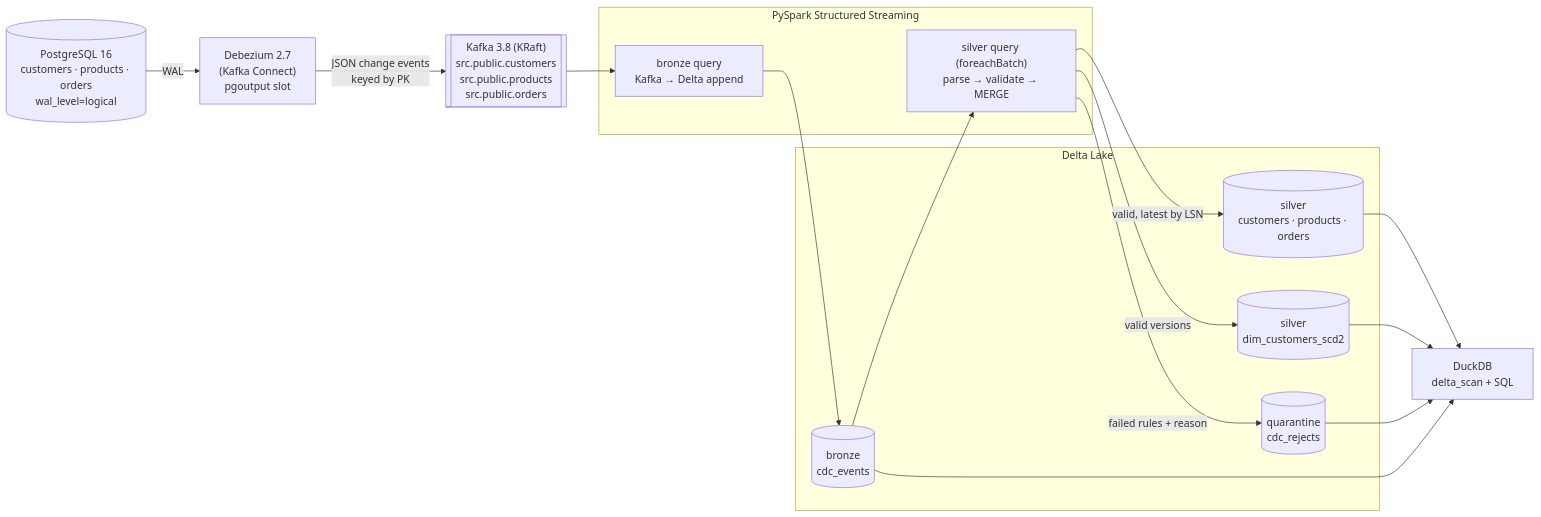
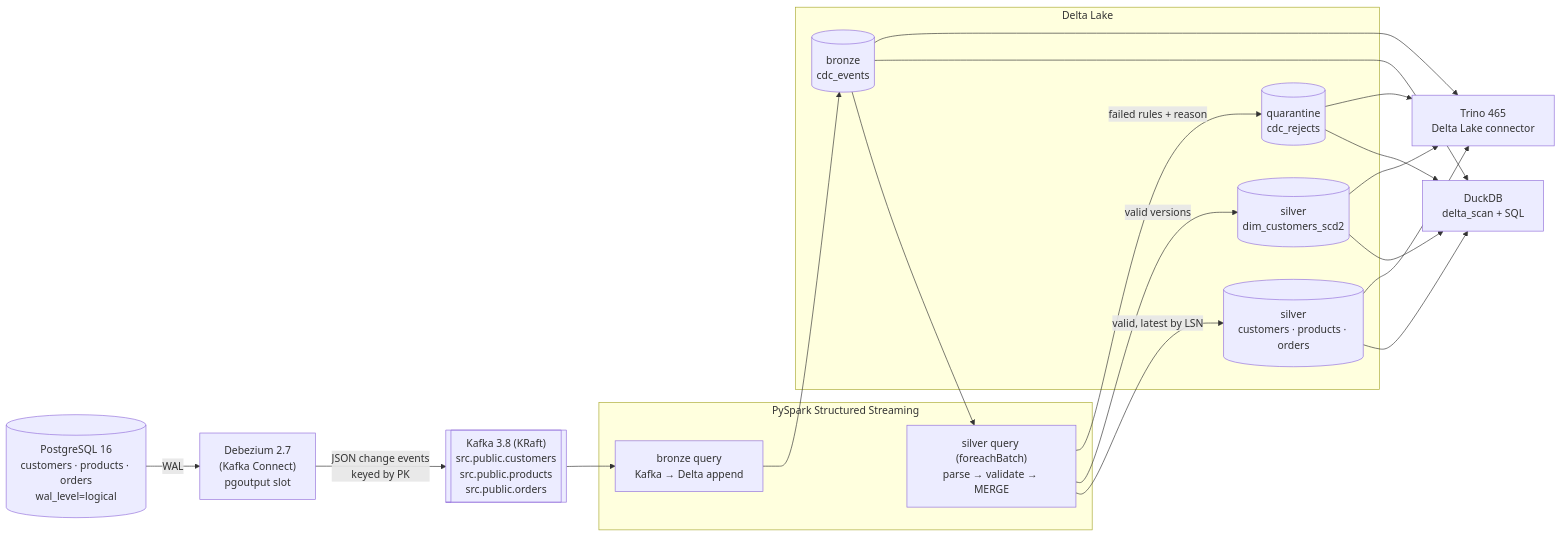
Before and after one commit to Rhea-Thomas/DeltaLake: the diagram in README.md, drawn with Mermaid. The commit also changed other lines of this file and 1 other file, not shown here.

Commit message:
Update README for Trino, failure injection and Databricks

````diff
--- a/README.md
+++ b/README.md
@@ -57,26 +100,31 @@
 ```mermaid
 flowchart LR
     PG[("PostgreSQL 16<br/>customers · products · orders<br/>wal_level=logical")]
     DBZ["Debezium 2.7<br/>(Kafka Connect)<br/>pgoutput slot"]
     K[["Kafka 3.8 (KRaft)<br/>src.public.customers<br/>src.public.products<br/>src.public.orders"]]
     subgraph SPARK["PySpark Structured Streaming"]
         B["bronze query<br/>Kafka → Delta append"]
         S["silver query (foreachBatch)<br/>parse → validate → MERGE"]
     end
     subgraph LAKE["Delta Lake"]
         BR[("bronze<br/>cdc_events")]
         SV[("silver<br/>customers · products · orders")]
         SC[("silver<br/>dim_customers_scd2")]
         Q[("quarantine<br/>cdc_rejects")]
     end
     DD["DuckDB<br/>delta_scan + SQL"]
+    TR["Trino 465<br/>Delta Lake connector"]
 
     PG -- WAL --> DBZ -- "JSON change events<br/>keyed by PK" --> K --> B --> BR --> S
     S -- valid, latest by LSN --> SV
     S -- valid versions --> SC
     S -- "failed rules + reason" --> Q
     SV --> DD
     SC --> DD
     Q --> DD
     BR --> DD
+    SV --> TR
+    SC --> TR
+    Q --> TR
+    BR --> TR
 ```
````
